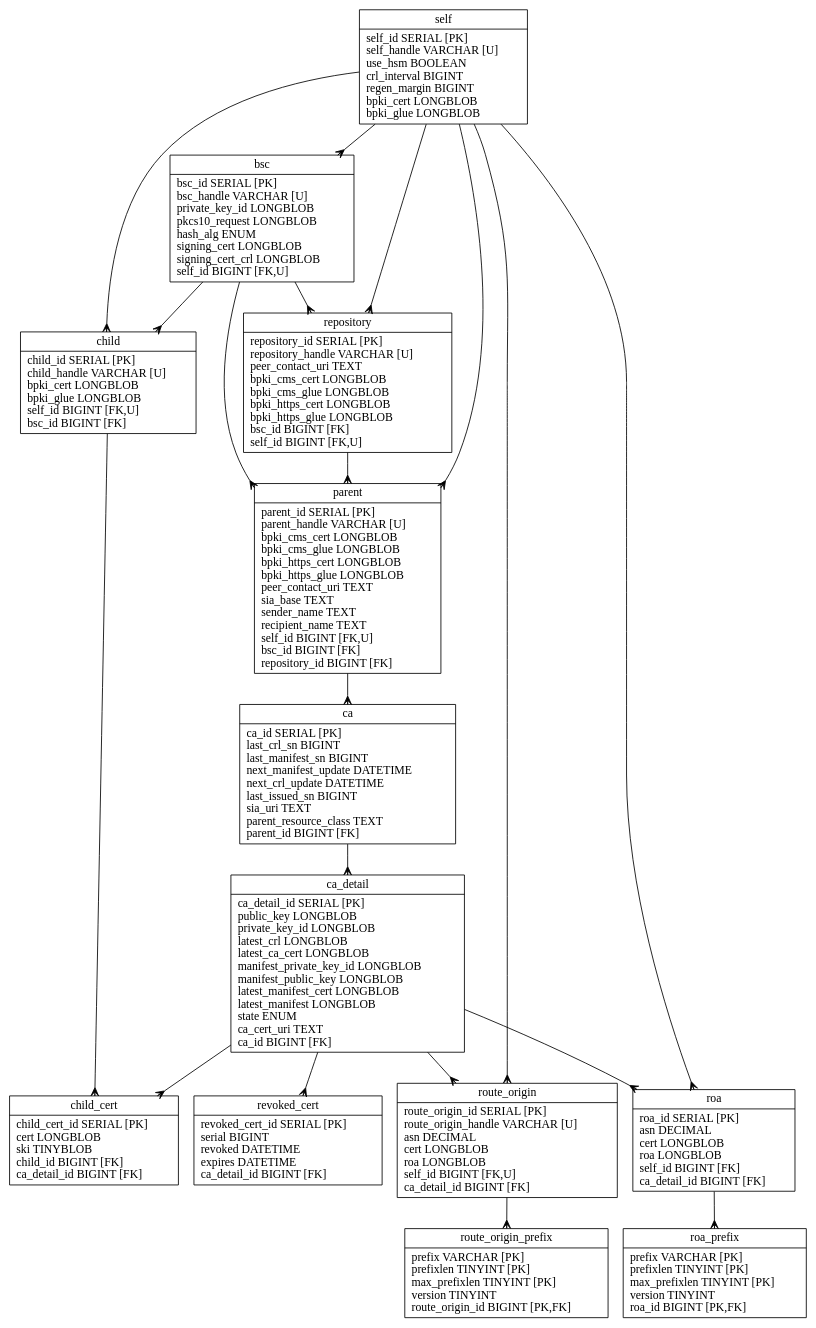
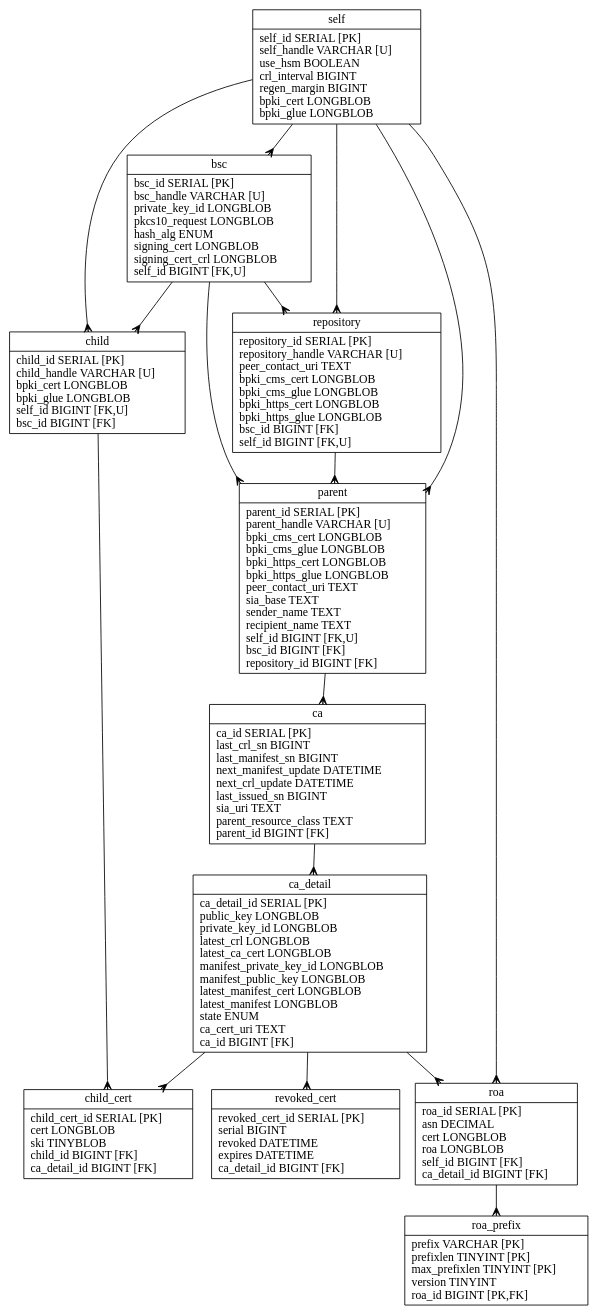
The diagram in rpkid/doc/rpkid.dot (dragonresearch/rpki.net), drawn with Graphviz before and after one commit. The commit also changed 24 other files, not shown here.

First line of the commit message:
Cleanup: get rid of <route_origin/> object

```diff
--- a/rpkid/doc/rpkid.dot
+++ b/rpkid/doc/rpkid.dot
@@ -1,39 +1,34 @@
 // Automatically generated from rpkid.sql
 
 digraph test {
 	edge [arrowtail=none, arrowhead=crow];
 	graph [ratio=fill, overlap=false, bgcolor=white];
 	node [label="\N", fillcolor=white, shape=record, style=filled];
 	self [label="{self\n|self_id\ SERIAL\ [PK]\lself_handle\ VARCHAR\ [U]\luse_hsm\ BOOLEAN\lcrl_interval\ BIGINT\lregen_margin\ BIGINT\lbpki_cert\ LONGBLOB\lbpki_glue\ LONGBLOB\l}"];
 	bsc [label="{bsc\n|bsc_id\ SERIAL\ [PK]\lbsc_handle\ VARCHAR\ [U]\lprivate_key_id\ LONGBLOB\lpkcs10_request\ LONGBLOB\lhash_alg\ ENUM\lsigning_cert\ LONGBLOB\lsigning_cert_crl\ LONGBLOB\lself_id\ BIGINT\ [FK,U]\l}"];
 	repository [label="{repository\n|repository_id\ SERIAL\ [PK]\lrepository_handle\ VARCHAR\ [U]\lpeer_contact_uri\ TEXT\lbpki_cms_cert\ LONGBLOB\lbpki_cms_glue\ LONGBLOB\lbpki_https_cert\ LONGBLOB\lbpki_https_glue\ LONGBLOB\lbsc_id\ BIGINT\ [FK]\lself_id\ BIGINT\ [FK,U]\l}"];
 	parent [label="{parent\n|parent_id\ SERIAL\ [PK]\lparent_handle\ VARCHAR\ [U]\lbpki_cms_cert\ LONGBLOB\lbpki_cms_glue\ LONGBLOB\lbpki_https_cert\ LONGBLOB\lbpki_https_glue\ LONGBLOB\lpeer_contact_uri\ TEXT\lsia_base\ TEXT\lsender_name\ TEXT\lrecipient_name\ TEXT\lself_id\ BIGINT\ [FK,U]\lbsc_id\ BIGINT\ [FK]\lrepository_id\ BIGINT\ [FK]\l}"];
 	ca [label="{ca\n|ca_id\ SERIAL\ [PK]\llast_crl_sn\ BIGINT\llast_manifest_sn\ BIGINT\lnext_manifest_update\ DATETIME\lnext_crl_update\ DATETIME\llast_issued_sn\ BIGINT\lsia_uri\ TEXT\lparent_resource_class\ TEXT\lparent_id\ BIGINT\ [FK]\l}"];
 	ca_detail [label="{ca_detail\n|ca_detail_id\ SERIAL\ [PK]\lpublic_key\ LONGBLOB\lprivate_key_id\ LONGBLOB\llatest_crl\ LONGBLOB\llatest_ca_cert\ LONGBLOB\lmanifest_private_key_id\ LONGBLOB\lmanifest_public_key\ LONGBLOB\llatest_manifest_cert\ LONGBLOB\llatest_manifest\ LONGBLOB\lstate\ ENUM\lca_cert_uri\ TEXT\lca_id\ BIGINT\ [FK]\l}"];
 	child [label="{child\n|child_id\ SERIAL\ [PK]\lchild_handle\ VARCHAR\ [U]\lbpki_cert\ LONGBLOB\lbpki_glue\ LONGBLOB\lself_id\ BIGINT\ [FK,U]\lbsc_id\ BIGINT\ [FK]\l}"];
 	child_cert [label="{child_cert\n|child_cert_id\ SERIAL\ [PK]\lcert\ LONGBLOB\lski\ TINYBLOB\lchild_id\ BIGINT\ [FK]\lca_detail_id\ BIGINT\ [FK]\l}"];
 	revoked_cert [label="{revoked_cert\n|revoked_cert_id\ SERIAL\ [PK]\lserial\ BIGINT\lrevoked\ DATETIME\lexpires\ DATETIME\lca_detail_id\ BIGINT\ [FK]\l}"];
-	route_origin [label="{route_origin\n|route_origin_id\ SERIAL\ [PK]\lroute_origin_handle\ VARCHAR\ [U]\lasn\ DECIMAL\lcert\ LONGBLOB\lroa\ LONGBLOB\lself_id\ BIGINT\ [FK,U]\lca_detail_id\ BIGINT\ [FK]\l}"];
-	route_origin_prefix [label="{route_origin_prefix\n|prefix\ VARCHAR\ [PK]\lprefixlen\ TINYINT\ [PK]\lmax_prefixlen\ TINYINT\ [PK]\lversion\ TINYINT\lroute_origin_id\ BIGINT\ [PK,FK]\l}"];
 	roa [label="{roa\n|roa_id\ SERIAL\ [PK]\lasn\ DECIMAL\lcert\ LONGBLOB\lroa\ LONGBLOB\lself_id\ BIGINT\ [FK]\lca_detail_id\ BIGINT\ [FK]\l}"];
 	roa_prefix [label="{roa_prefix\n|prefix\ VARCHAR\ [PK]\lprefixlen\ TINYINT\ [PK]\lmax_prefixlen\ TINYINT\ [PK]\lversion\ TINYINT\lroa_id\ BIGINT\ [PK,FK]\l}"];
 	bsc -> child;
 	bsc -> parent;
 	bsc -> repository;
 	ca -> ca_detail;
 	ca_detail -> child_cert;
 	ca_detail -> revoked_cert;
 	ca_detail -> roa;
-	ca_detail -> route_origin;
 	child -> child_cert;
 	parent -> ca;
 	repository -> parent;
 	roa -> roa_prefix;
-	route_origin -> route_origin_prefix;
 	self -> bsc;
 	self -> child;
 	self -> parent;
 	self -> repository;
 	self -> roa;
-	self -> route_origin;
 }
```
